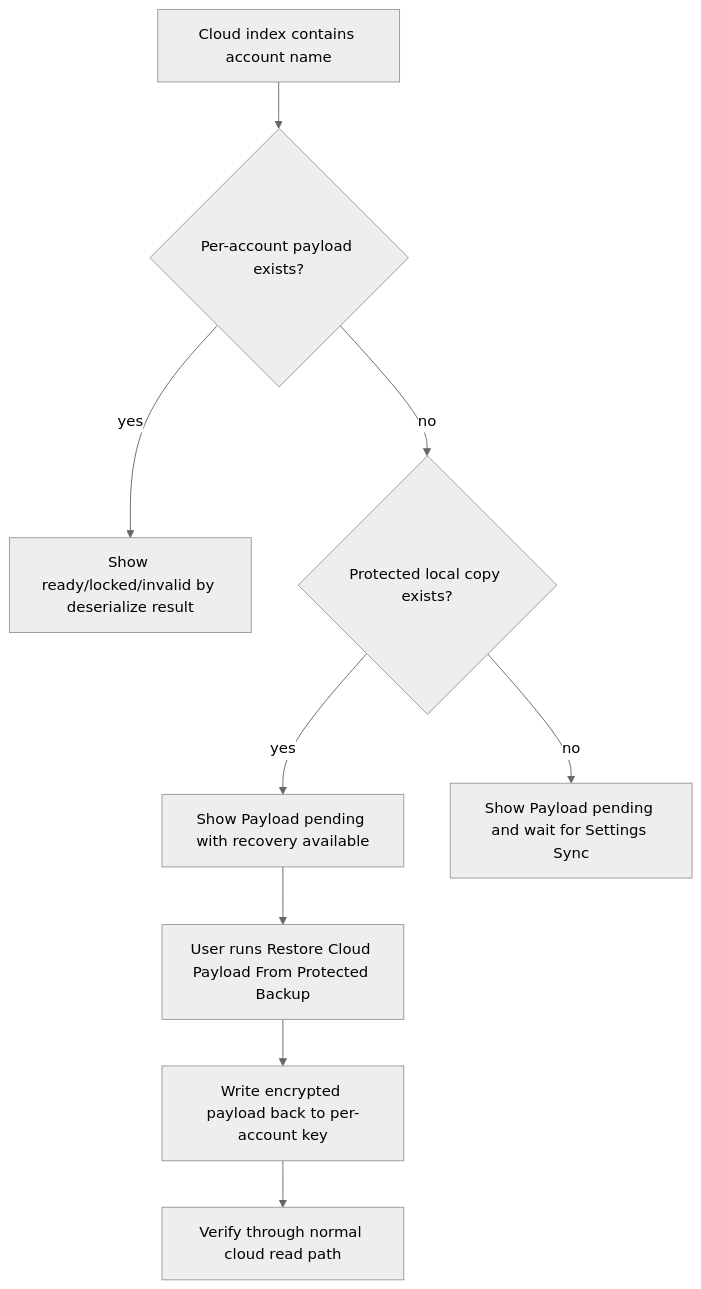
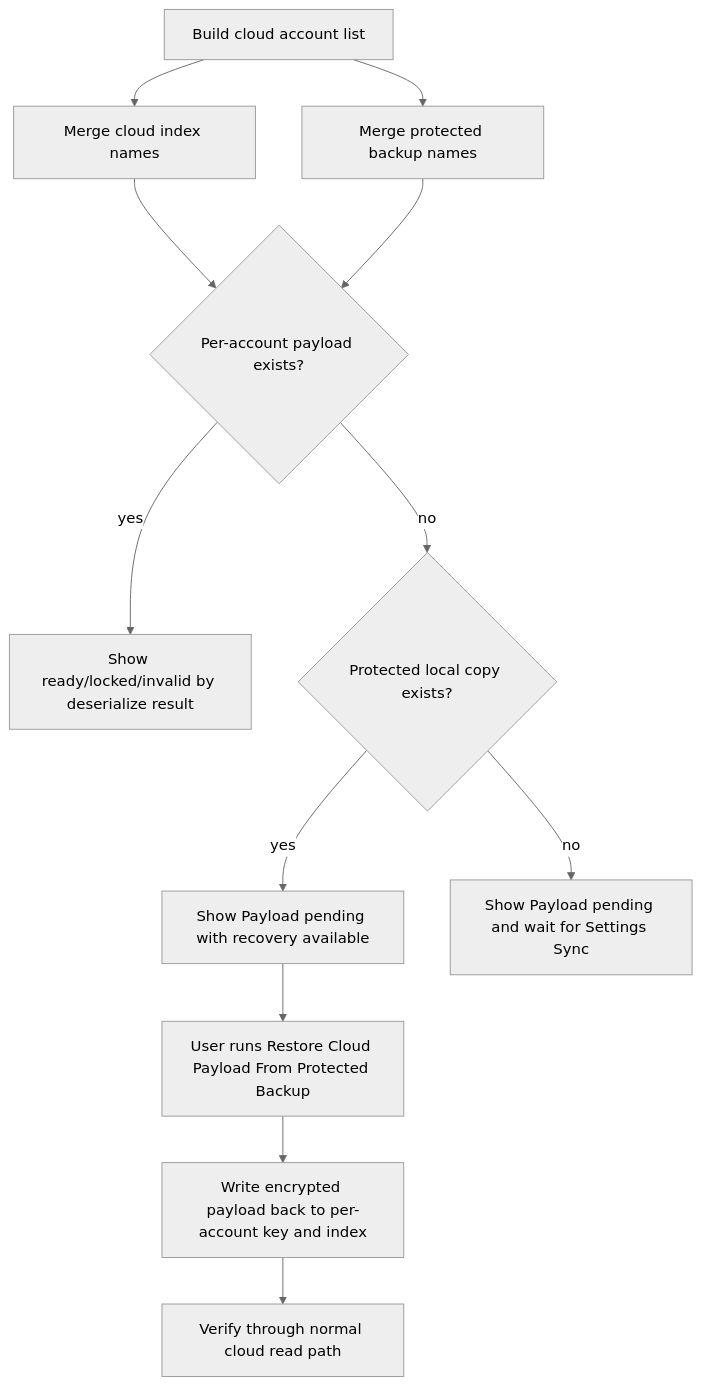
Before and after one commit to jqknono/codex-account-switch: the third of 3 diagrams in docs/architectures/synced-cloud-state.md, drawn with Mermaid (neutral theme). The commit also changed other lines of this file and 4 other files, not shown here.

First line of the commit message:
feat(cloud): support restoring cloud accounts from orphan local backups

````diff
--- a/docs/architectures/synced-cloud-state.md
+++ b/docs/architectures/synced-cloud-state.md
@@ -39,11 +39,14 @@
 ```mermaid
 flowchart TD
-  A[Cloud index contains account name] --> B{Per-account payload exists?}
-  B -->|yes| C[Show ready/locked/invalid by deserialize result]
-  B -->|no| D{Protected local copy exists?}
-  D -->|yes| E[Show Payload pending with recovery available]
-  D -->|no| F[Show Payload pending and wait for Settings Sync]
-  E --> G[User runs Restore Cloud Payload From Protected Backup]
-  G --> H[Write encrypted payload back to per-account key]
-  H --> I[Verify through normal cloud read path]
+  A[Build cloud account list] --> B[Merge cloud index names]
+  A --> C[Merge protected backup names]
+  B --> D{Per-account payload exists?}
+  C --> D
+  D -->|yes| E[Show ready/locked/invalid by deserialize result]
+  D -->|no| F{Protected local copy exists?}
+  F -->|yes| G[Show Payload pending with recovery available]
+  F -->|no| H[Show Payload pending and wait for Settings Sync]
+  G --> I[User runs Restore Cloud Payload From Protected Backup]
+  I --> J[Write encrypted payload back to per-account key and index]
+  J --> K[Verify through normal cloud read path]
 ```
````
